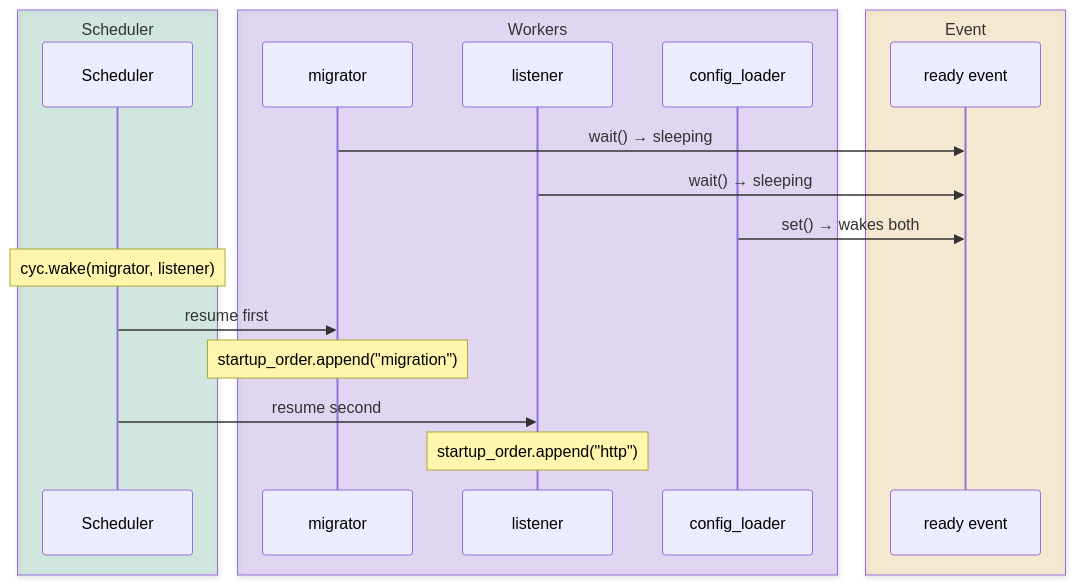
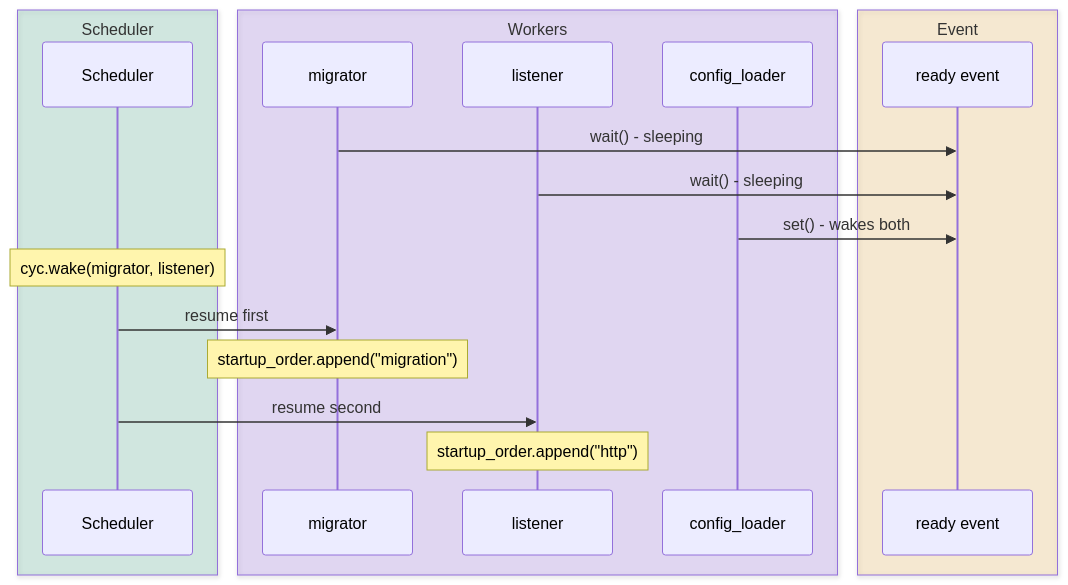
One commit to gaborbernat/bernat-tech changed diagram 15 of 16 in content/posts/blanket-deterministic-threading/index.md. Above: the diagram before and after it, drawn with Mermaid. The commit also changed other lines of this file, not shown here.

First line of the commit message:
Fix mermaid diagrams: validate with mmdc, fix activation syntax

````diff
--- a/content/posts/blanket-deterministic-threading/index.md
+++ b/content/posts/blanket-deterministic-threading/index.md
@@ -931,24 +939,24 @@
 ```mermaid
 sequenceDiagram
     box rgba(5,150,105,0.15) Scheduler
         participant S as Scheduler
     end
     box rgba(109,40,217,0.15) Workers
         participant M as migrator
         participant L as listener
         participant C as config_loader
     end
     box rgba(245,158,11,0.15) Event
         participant E as ready event
     end
 
-    M->>E: wait() → sleeping
-    L->>E: wait() → sleeping
-    C->>E: set() → wakes both
+    M->>E: wait() - sleeping
+    L->>E: wait() - sleeping
+    C->>E: set() - wakes both
 
     Note over S: cyc.wake(migrator, listener)
     S->>M: resume first
     Note over M: startup_order.append("migration")
     S->>L: resume second
     Note over L: startup_order.append("http")
 ```
````
